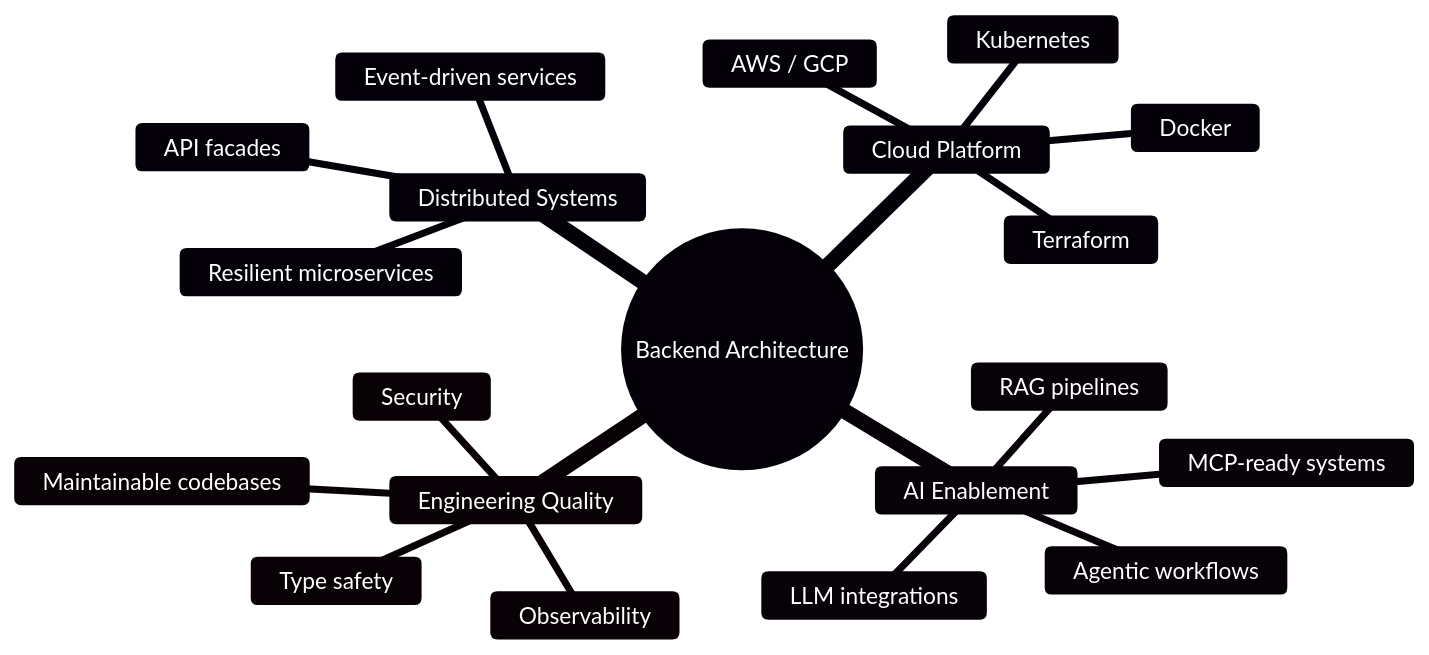
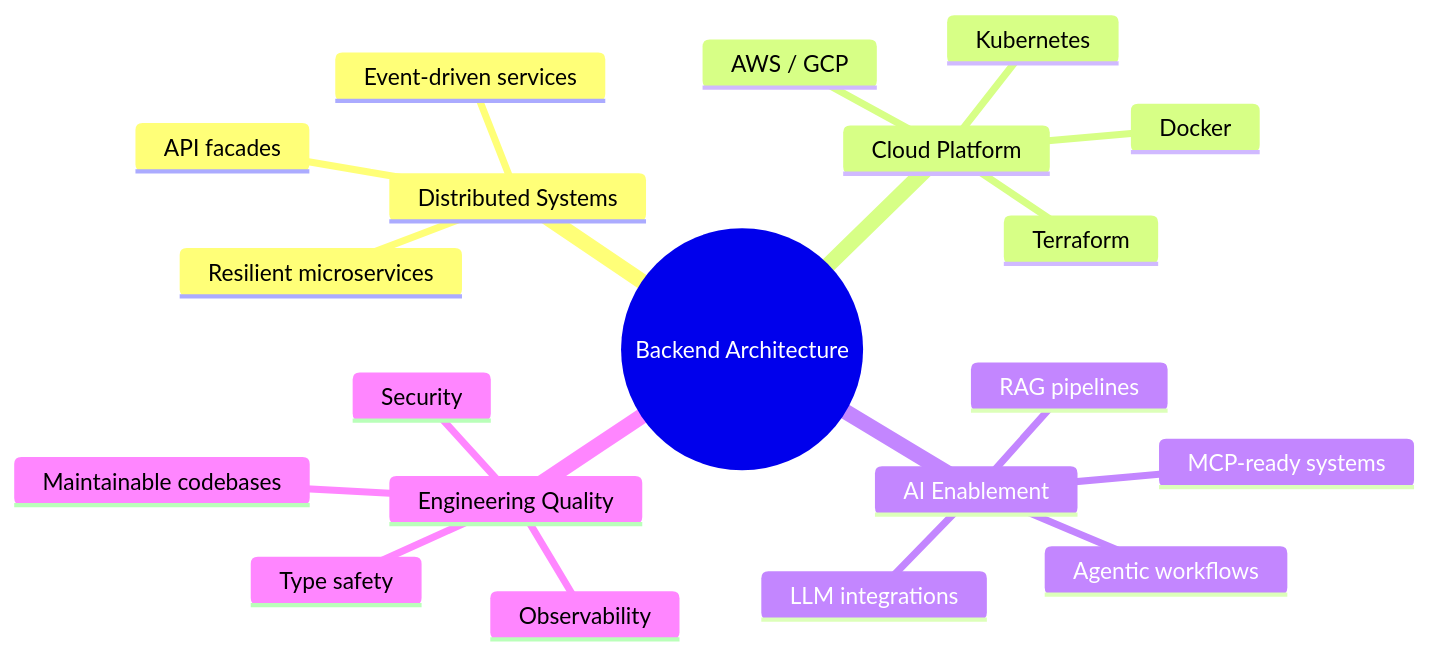
Before and after one commit to meghrazchi/meghrazchi: the first of 2 diagrams in README.md, drawn with Mermaid.

Commit message:
make default color for mindmap

````diff
--- a/README.md
+++ b/README.md
@@ -51,24 +51,23 @@
 ```mermaid
-%%{init: {'theme': 'base', 'themeVariables': { 'primaryColor': '#3A1078', 'primaryTextColor': '#FFFFFF', 'primaryBorderColor': '#220A47', 'secondaryColor': '#3A1078', 'tertiaryColor': '#3A1078', 'lineColor': '#3A1078' }}}%%
 mindmap
   root((Backend Architecture))
     Distributed Systems
       Event-driven services
       API facades
       Resilient microservices
     Cloud Platform
       Kubernetes
       AWS / GCP
       Terraform
       Docker
     AI Enablement
       LLM integrations
       RAG pipelines
       Agentic workflows
       MCP-ready systems
     Engineering Quality
       Type safety
       Observability
       Security
       Maintainable codebases
 ```
````
